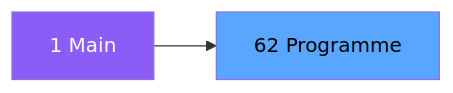
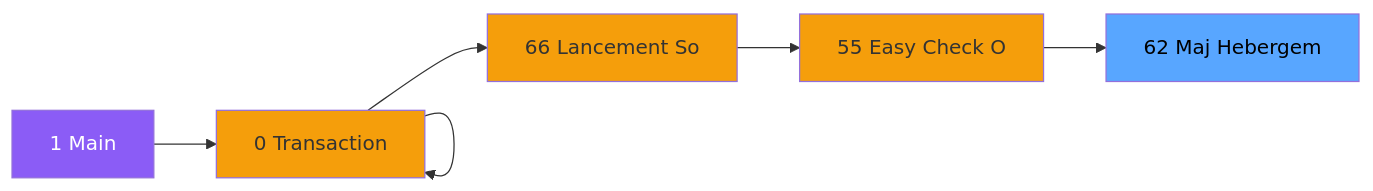
The second of 3 diagrams in .openspec/specs/ADH-IDE-62.md (thonyAGP/magic-migration), drawn with Mermaid before and after one commit. The commit also changed other lines of this file and 323 other files, not shown here.

````diff
--- a/.openspec/specs/ADH-IDE-62.md
+++ b/.openspec/specs/ADH-IDE-62.md
@@ -99,8 +113,23 @@
 ```mermaid
 graph LR
     M[1 Main]
-    T[62 Programme]
-    M --> T
+    N0[0 Transaction ]
+    N0[0 Transaction ]
+    N0[0 Transaction ]
+    N66[66 Lancement So]
+    N55[55 Easy Check O]
+    T[62 Maj Hebergem]
+    M --> N0
+    N0 --> N0
+    N0 --> N0
+    N0 --> N66
+    N66 --> N55
+    N55 --> T
     style M fill:#8b5cf6,color:#fff
+    style N0 fill:#f59e0b
+    style N0 fill:#f59e0b
+    style N0 fill:#f59e0b
+    style N66 fill:#f59e0b
+    style N55 fill:#f59e0b
     style T fill:#58a6ff,color:#000
 ```
````
